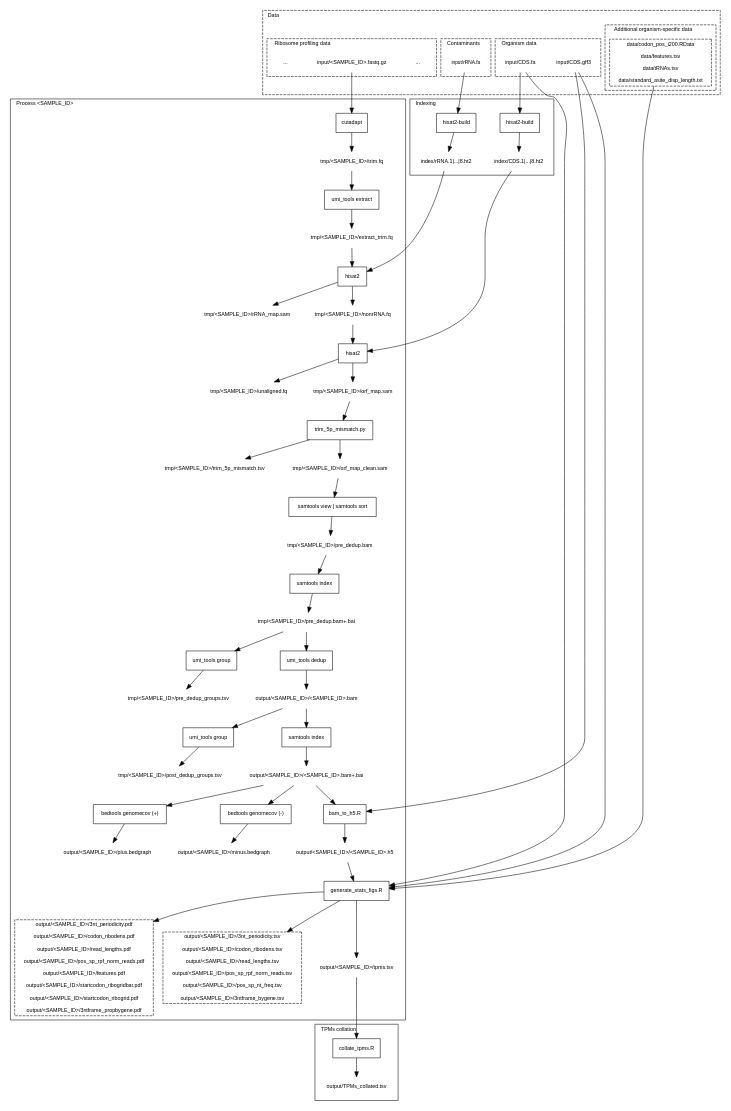
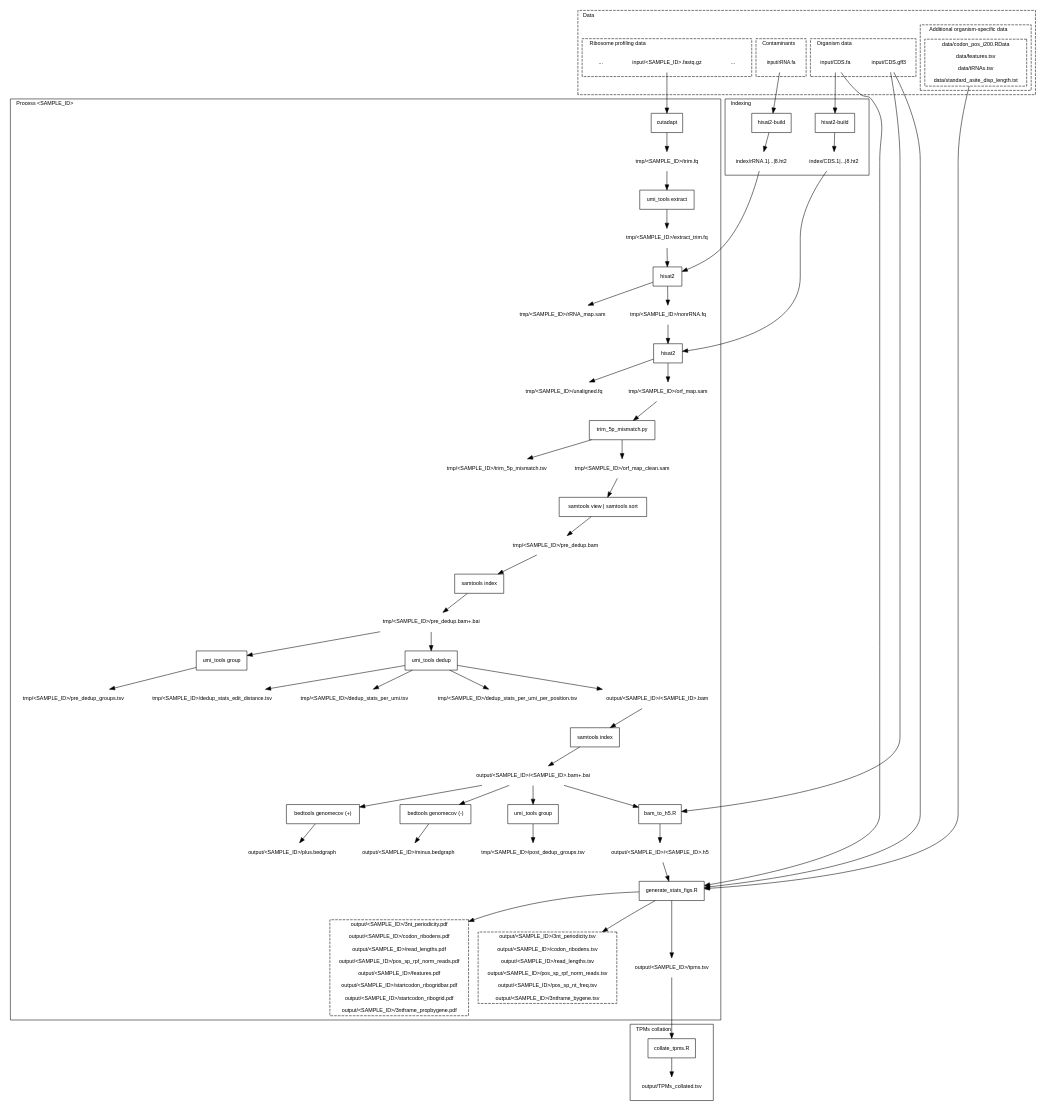
The diagram in docs/images/workflow-dedup.dot (riboviz/riboviz), drawn with Graphviz before and after one commit. The commit also changed 3 other files, not shown here.

Commit message:
Fixed errors in .dot files relating to when .bam file is indexed post deduplication

```diff
--- a/docs/images/workflow-dedup.dot
+++ b/docs/images/workflow-dedup.dot
@@ -1,175 +1,181 @@
 digraph G {
   graph [ fontname=Helvetica, fontsize=10, compound=true ]
   node [ fontname=Helvetica, fontsize=10 ]
   edge [ fontname=Helvetica, fontsize=10 ]
 
   subgraph cluster_data {
     label = "Data"
     labeljust = "l"
     style = dashed
 
     subgraph cluster_organism {
       label = "Organism data"
       labeljust = "l"
       style = dashed
 
       "input/CDS.fa"  [shape=plaintext]
       "input/CDS.gff3" [shape=plaintext]
     }
 
     subgraph cluster_contaminants {
       label = "Contaminants"
       labeljust = "l"
       style = dashed
 
       "input/rRNA.fa"  [shape=plaintext, fontsize=9]
     }
 
     subgraph cluster_additional_organism {
       label = "Additional organism-specific data"
       labeljust = "l"
       style = dashed
 
       data [label="data/codon_pos_i200.RData\n
 data/features.tsv\n
 data/tRNAs.tsv\n
 data/standard_asite_disp_length.txt"] [shape=box, style=dashed]
     }
 
     subgraph cluster_ribosome {
       label = "Ribosome profiling data"
       labeljust = "l"
       style = dashed
 
       ribosome_data0toI [label="..."] [shape=plaintext]
       "input/<SAMPLE_ID>.fastq.gz" [shape=plaintext]
       ribosome_dataItoN [label="..."] [shape=plaintext]
     }
   }
   
   subgraph cluster_indexing {
     label = "Indexing"
     labeljust = "l"
 
     h2build1 [label="hisat2-build"] [shape=box]
     h2build2 [label="hisat2-build"] [shape=box]
 
     "index/rRNA.1|...|8.ht2" [shape=plaintext]
     "index/CDS.1|...|8.ht2" [shape=plaintext]
 
     "input/rRNA.fa" -> h2build1 -> "index/rRNA.1|...|8.ht2"
     "input/CDS.fa" -> h2build2 -> "index/CDS.1|...|8.ht2"
   }
 
   subgraph cluster_per_sample_processing {
     label = "Process <SAMPLE_ID>"
     labeljust = "l"
 
     cut [label="cutadapt"] [shape=box]
     umi_extract [label="umi_tools extract"] [shape=box]
     h21 [label="hisat2"] [shape=box]
     h22 [label="hisat2"] [shape=box]
     samindex [label="samtools index"] [shape=box]
     samview [label="samtools view | samtools sort"] [shape=box]
     umi_pre_group [label="umi_tools group"] [shape=box]
     umi_dedup [label="umi_tools dedup"] [shape=box]
     umi_post_group [label="umi_tools group"] [shape=box]
     samindex_dedup [label="samtools index"] [shape=box]
     trim [label="trim_5p_mismatch.py"] [shape=box]
     bedplus [label="bedtools genomecov (+)"] [shape=box]
     bedminus [label="bedtools genomecov (-)"] [shape=box]
     bam2h5 [label="bam_to_h5.R"] [shape=box]
     statsfigs [label="generate_stats_figs.R"] [shape=box]
 
     "tmp/<SAMPLE_ID>/trim.fq" [shape=plaintext]
     "tmp/<SAMPLE_ID>/extract_trim.fq" [shape=plaintext]
     "tmp/<SAMPLE_ID>/rRNA_map.sam" [shape=plaintext]
     "tmp/<SAMPLE_ID>/nonrRNA.fq" [shape=plaintext]
     "tmp/<SAMPLE_ID>/unaligned.fq" [shape=plaintext]
     "tmp/<SAMPLE_ID>/orf_map.sam" [shape=plaintext]
     "tmp/<SAMPLE_ID>/trim_5p_mismatch.tsv" [shape=plaintext]
     "tmp/<SAMPLE_ID>/orf_map_clean.sam" [shape=plaintext]
     "tmp/<SAMPLE_ID>/pre_dedup_groups.tsv" [shape=plaintext]
     "tmp/<SAMPLE_ID>/post_dedup_groups.tsv" [shape=plaintext]
     "tmp/<SAMPLE_ID>/pre_dedup.bam" [shape=plaintext]
     "tmp/<SAMPLE_ID>/pre_dedup.bam+.bai" [shape=plaintext]
+    "tmp/<SAMPLE_ID>/dedup_stats_edit_distance.tsv" [shape=plaintext]
+    "tmp/<SAMPLE_ID>/dedup_stats_per_umi.tsv" [shape=plaintext]
+    "tmp/<SAMPLE_ID>/dedup_stats_per_umi_per_position.tsv" [shape=plaintext]
     "output/<SAMPLE_ID>/<SAMPLE_ID>.bam" [shape=plaintext]
     "output/<SAMPLE_ID>/<SAMPLE_ID>.bam+.bai" [shape=plaintext]
     "output/<SAMPLE_ID>/plus.bedgraph" [shape=plaintext]
     "output/<SAMPLE_ID>/minus.bedgraph" [shape=plaintext]
     "output/<SAMPLE_ID>/<SAMPLE_ID>.h5" [shape=plaintext]
 
     pdfs [label="output/<SAMPLE_ID>/3nt_periodicity.pdf\n
 output/<SAMPLE_ID>/codon_ribodens.pdf\n
 output/<SAMPLE_ID>/read_lengths.pdf\n
 output/<SAMPLE_ID>/pos_sp_rpf_norm_reads.pdf\n
 output/<SAMPLE_ID>/features.pdf\n
 output/<SAMPLE_ID>/startcodon_ribogridbar.pdf\n
 output/<SAMPLE_ID>/startcodon_ribogrid.pdf\n
 output/<SAMPLE_ID>/3ntframe_propbygene.pdf
 "] [shape=box, style=dashed]
 
     tsvs [label="output/<SAMPLE_ID>/3nt_periodicity.tsv\n
 output/<SAMPLE_ID>/codon_ribodens.tsv\n
 output/<SAMPLE_ID>/read_lengths.tsv\n
 output/<SAMPLE_ID>/pos_sp_rpf_norm_reads.tsv\n
 output/<SAMPLE_ID>/pos_sp_nt_freq.tsv\n
 output/<SAMPLE_ID>/3ntframe_bygene.tsv
 "] [shape=box, style=dashed]
 
     "output/<SAMPLE_ID>/tpms.tsv" [shape=plaintext]
 
     "input/<SAMPLE_ID>.fastq.gz" -> cut -> "tmp/<SAMPLE_ID>/trim.fq"
     "tmp/<SAMPLE_ID>/trim.fq" -> umi_extract -> "tmp/<SAMPLE_ID>/extract_trim.fq"
     "tmp/<SAMPLE_ID>/extract_trim.fq" -> h21
     "index/rRNA.1|...|8.ht2" -> h21
     h21 -> "tmp/<SAMPLE_ID>/rRNA_map.sam"
     h21 -> "tmp/<SAMPLE_ID>/nonrRNA.fq"
 
     "index/CDS.1|...|8.ht2" -> h22
     "tmp/<SAMPLE_ID>/nonrRNA.fq" -> h22
     h22 -> "tmp/<SAMPLE_ID>/unaligned.fq"
     h22 -> "tmp/<SAMPLE_ID>/orf_map.sam"
 
     "tmp/<SAMPLE_ID>/orf_map.sam" -> trim
     trim -> "tmp/<SAMPLE_ID>/orf_map_clean.sam"
     trim -> "tmp/<SAMPLE_ID>/trim_5p_mismatch.tsv"
     "tmp/<SAMPLE_ID>/orf_map_clean.sam" -> samview -> "tmp/<SAMPLE_ID>/pre_dedup.bam"
     "tmp/<SAMPLE_ID>/pre_dedup.bam" -> samindex
     samindex -> "tmp/<SAMPLE_ID>/pre_dedup.bam+.bai"
 
     "tmp/<SAMPLE_ID>/pre_dedup.bam+.bai" -> umi_pre_group -> "tmp/<SAMPLE_ID>/pre_dedup_groups.tsv"
-    "tmp/<SAMPLE_ID>/pre_dedup.bam+.bai" -> umi_dedup -> "output/<SAMPLE_ID>/<SAMPLE_ID>.bam"
-    "output/<SAMPLE_ID>/<SAMPLE_ID>.bam" -> umi_post_group -> "tmp/<SAMPLE_ID>/post_dedup_groups.tsv"
-
+    "tmp/<SAMPLE_ID>/pre_dedup.bam+.bai" -> umi_dedup
+    umi_dedup -> "output/<SAMPLE_ID>/<SAMPLE_ID>.bam"
+    umi_dedup -> "tmp/<SAMPLE_ID>/dedup_stats_edit_distance.tsv"
+    umi_dedup -> "tmp/<SAMPLE_ID>/dedup_stats_per_umi.tsv"
+    umi_dedup -> "tmp/<SAMPLE_ID>/dedup_stats_per_umi_per_position.tsv"
     "output/<SAMPLE_ID>/<SAMPLE_ID>.bam" -> samindex_dedup -> "output/<SAMPLE_ID>/<SAMPLE_ID>.bam+.bai"
+    "output/<SAMPLE_ID>/<SAMPLE_ID>.bam+.bai" -> umi_post_group -> "tmp/<SAMPLE_ID>/post_dedup_groups.tsv"
 
     "output/<SAMPLE_ID>/<SAMPLE_ID>.bam+.bai" -> bedplus -> "output/<SAMPLE_ID>/plus.bedgraph"
     "output/<SAMPLE_ID>/<SAMPLE_ID>.bam+.bai" -> bedminus -> "output/<SAMPLE_ID>/minus.bedgraph"
 
     "output/<SAMPLE_ID>/<SAMPLE_ID>.bam+.bai" -> bam2h5
     "input/CDS.gff3" -> bam2h5
     bam2h5 -> "output/<SAMPLE_ID>/<SAMPLE_ID>.h5"
 
     "output/<SAMPLE_ID>/<SAMPLE_ID>.h5" -> statsfigs
     "input/CDS.fa" -> statsfigs
     "input/CDS.gff3" -> statsfigs
     data -> statsfigs
 
     statsfigs -> pdfs
     statsfigs -> tsvs
     statsfigs -> "output/<SAMPLE_ID>/tpms.tsv"
   }
 
   subgraph cluster_tpms_collation {
     label = "TPMs collation"
     labeljust = "l"
 
     collate [label="collate_tpms.R"] [shape=box]
 
     "output/TPMs_collated.tsv" [shape=plaintext]
 
     "output/<SAMPLE_ID>/tpms.tsv" -> collate
     collate -> "output/TPMs_collated.tsv"
   }
 }
```
